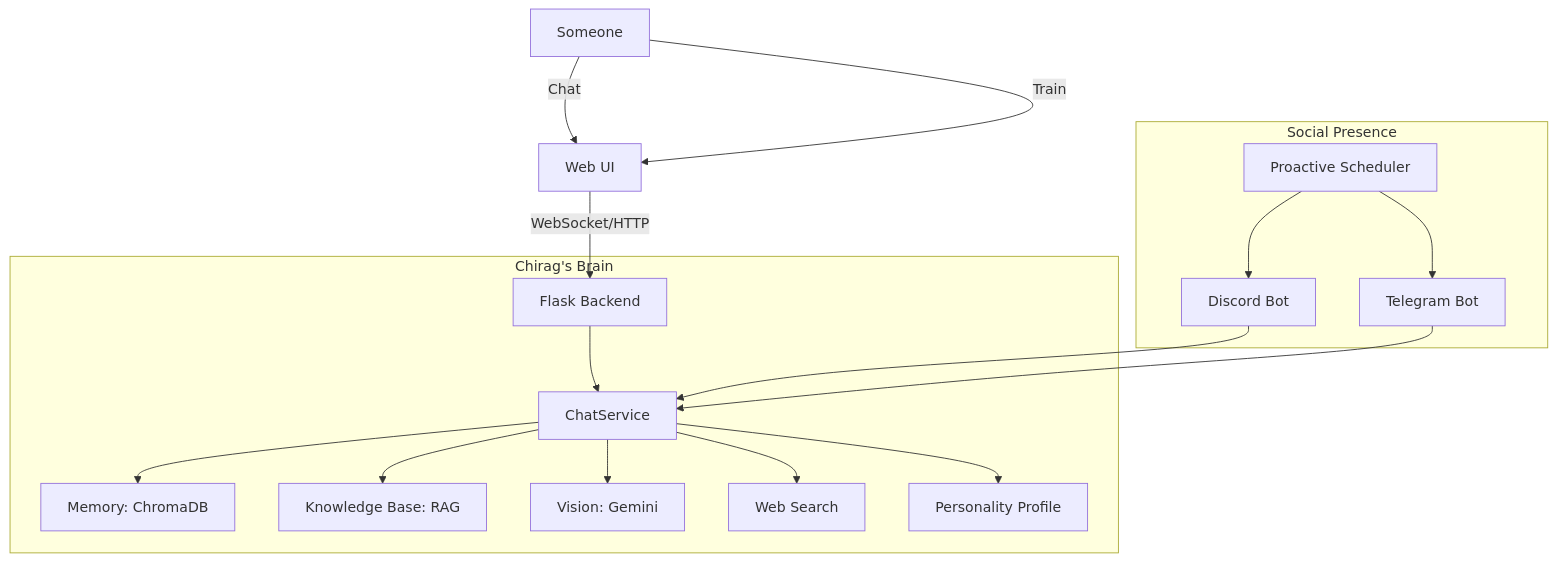
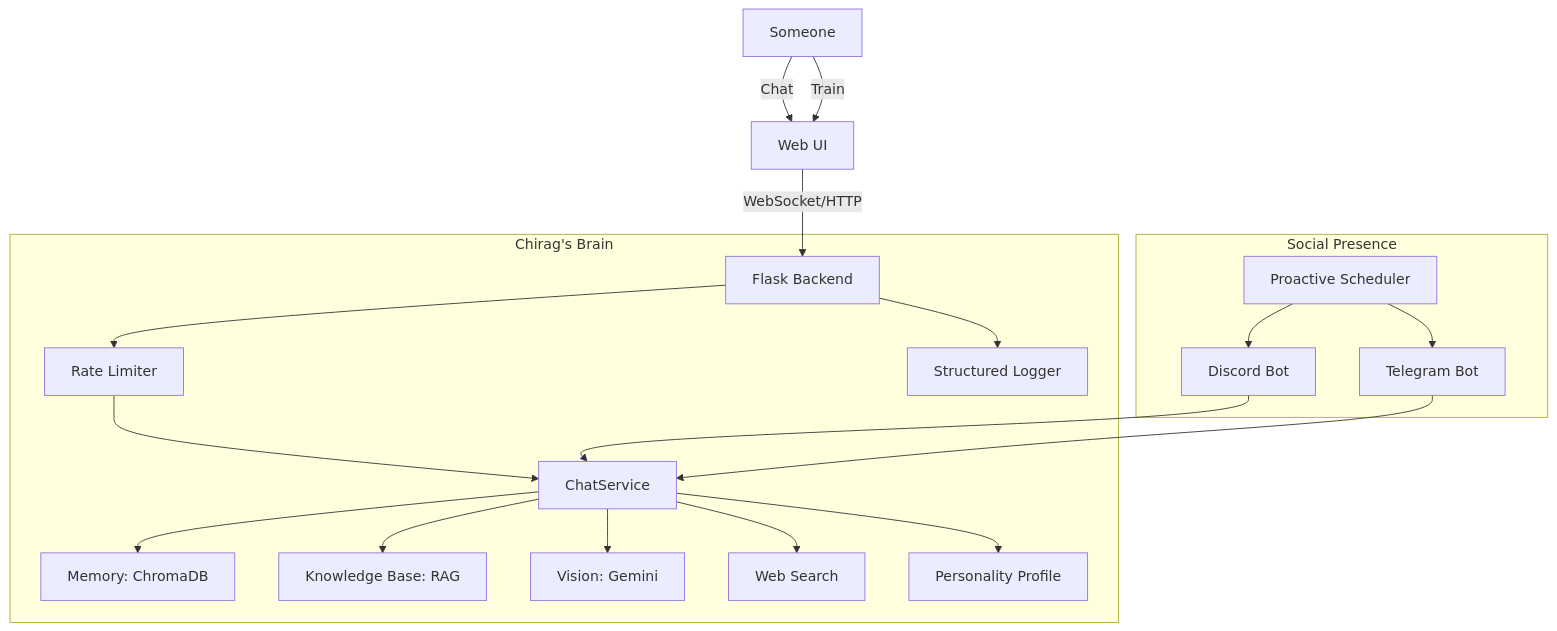
Before and after one commit to ChiragNSundar/Chirag-clone: the diagram in README.md, drawn with Mermaid. The commit also changed other lines of this file and 26 other files, not shown here.

````diff
--- a/README.md
+++ b/README.md
@@ -20,23 +20,26 @@
 ```mermaid
 graph TD
     User[Someone] -->|Chat| FE[Web UI]
     User -->|Train| FE
     
     FE -->|WebSocket/HTTP| API[Flask Backend]
     
     subgraph "Chirag's Brain"
-        API --> ChatService
+        API --> RateLimiter[Rate Limiter]
+        RateLimiter --> ChatService
         ChatService --> Memory[Memory: ChromaDB]
         ChatService --> Knowledge[Knowledge Base: RAG]
         ChatService --> Vision[Vision: Gemini]
         ChatService --> Search[Web Search]
         ChatService --> Personality[Personality Profile]
+        
+        API --> Logger[Structured Logger]
     end
     
     subgraph "Social Presence"
         Discord[Discord Bot] --> ChatService
         Telegram[Telegram Bot] --> ChatService
         Scheduler[Proactive Scheduler] --> Discord
         Scheduler --> Telegram
     end
 ```
````
